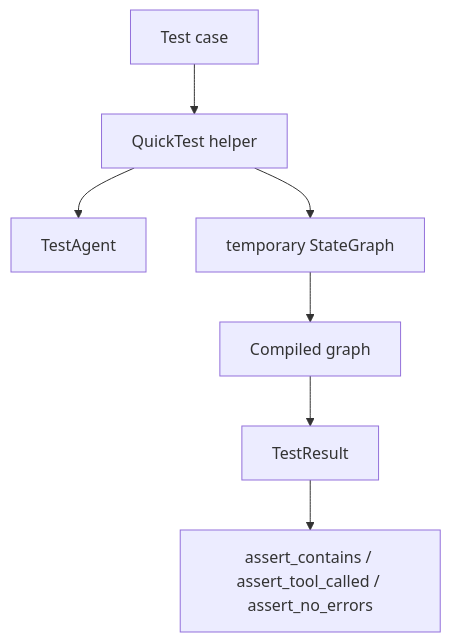
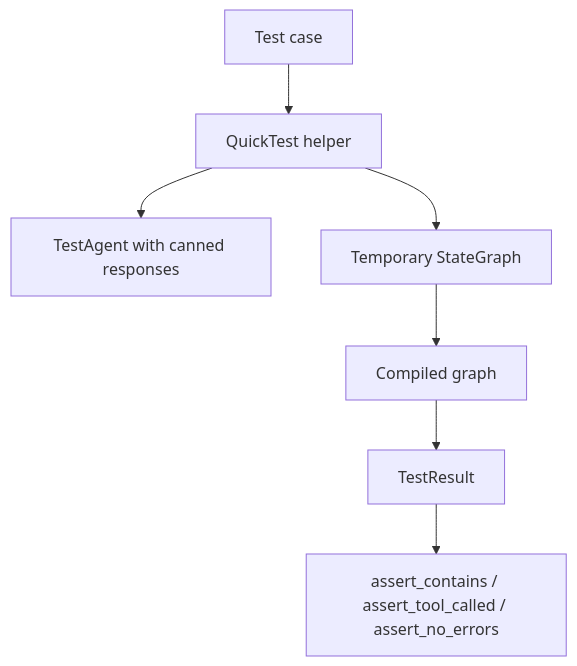
One commit to 10xHub/agentflow-docs changed the first of 3 diagrams in src/content/docs/examples/testing.md. Above: the diagram before and after it, drawn with Mermaid. The commit also changed other lines of this file and 130 other files, not shown here.

````diff
--- a/src/content/docs/examples/testing.md
+++ b/src/content/docs/examples/testing.md
@@ -38,9 +38,9 @@
 ```mermaid
 flowchart TD
     A[Test case] --> B[QuickTest helper]
-    B --> C[TestAgent]
-    B --> D[temporary StateGraph]
+    B --> C[TestAgent with canned responses]
+    B --> D[Temporary StateGraph]
     D --> E[Compiled graph]
     E --> F[TestResult]
     F --> G[assert_contains / assert_tool_called / assert_no_errors]
 ```
````
